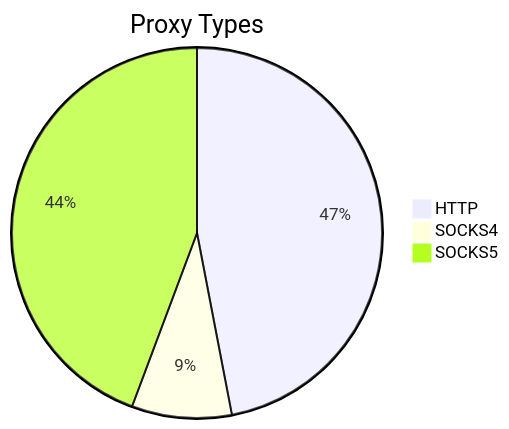
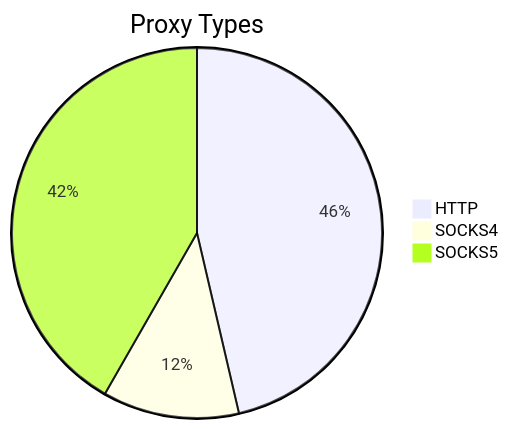
One commit to stormsia/proxy-list changed the first of 2 diagrams in README.md. Above: the diagram before and after it, drawn with Mermaid. The commit also changed other lines of this file, not shown here.

````diff
--- a/README.md
+++ b/README.md
@@ -21,6 +21,6 @@
 ```mermaid
 pie title Proxy Types
     "HTTP" : 70
-    "SOCKS4" : 13
-    "SOCKS5" : 66
+    "SOCKS4" : 18
+    "SOCKS5" : 63
 ```
````
